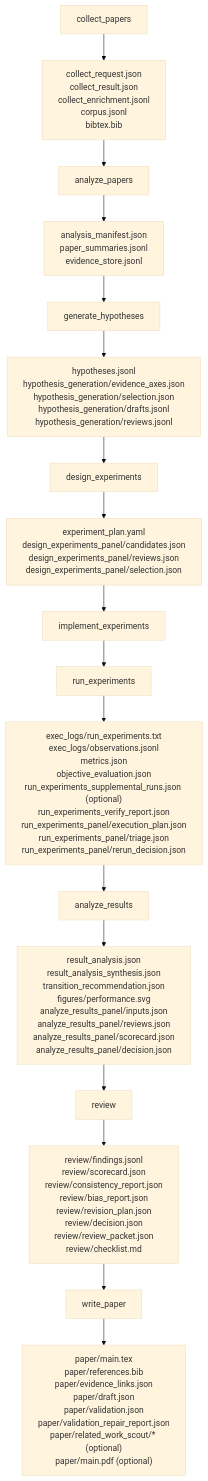
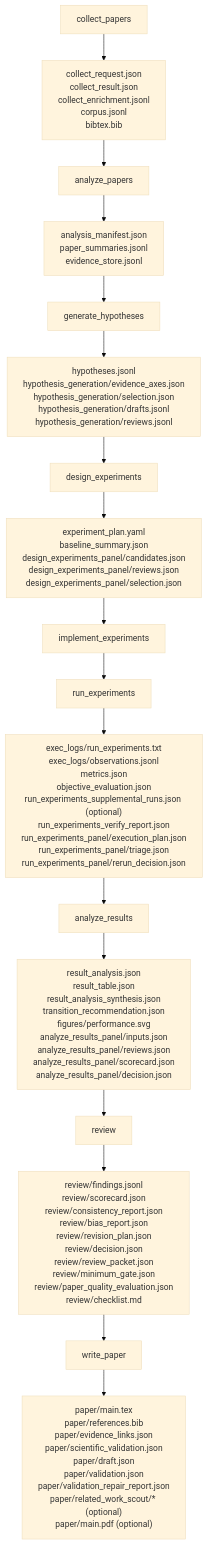
The sixth of 9 diagrams in README.ko.md (lhy0718/AutoResearch), drawn with Mermaid (base theme) before and after one commit. The commit also changed other lines of this file and 17 other files, not shown here.

````diff
--- a/README.ko.md
+++ b/README.ko.md
@@ -432,19 +454,19 @@
 ```mermaid
 flowchart TB
     A["collect_papers"] --> A1["collect_request.json<br/>collect_result.json<br/>collect_enrichment.jsonl<br/>corpus.jsonl<br/>bibtex.bib"]
     A1 --> B["analyze_papers"]
     B --> B1["analysis_manifest.json<br/>paper_summaries.jsonl<br/>evidence_store.jsonl"]
     B1 --> C["generate_hypotheses"]
     C --> C1["hypotheses.jsonl<br/>hypothesis_generation/evidence_axes.json<br/>hypothesis_generation/selection.json<br/>hypothesis_generation/drafts.jsonl<br/>hypothesis_generation/reviews.jsonl"]
     C1 --> D["design_experiments"]
-    D --> D1["experiment_plan.yaml<br/>design_experiments_panel/candidates.json<br/>design_experiments_panel/reviews.json<br/>design_experiments_panel/selection.json"]
+    D --> D1["experiment_plan.yaml<br/>baseline_summary.json<br/>design_experiments_panel/candidates.json<br/>design_experiments_panel/reviews.json<br/>design_experiments_panel/selection.json"]
     D1 --> E["implement_experiments"]
     E --> F["run_experiments"]
     F --> F1["exec_logs/run_experiments.txt<br/>exec_logs/observations.jsonl<br/>metrics.json<br/>objective_evaluation.json<br/>run_experiments_supplemental_runs.json (optional)<br/>run_experiments_verify_report.json<br/>run_experiments_panel/execution_plan.json<br/>run_experiments_panel/triage.json<br/>run_experiments_panel/rerun_decision.json"]
     F1 --> G["analyze_results"]
-    G --> G1["result_analysis.json<br/>result_analysis_synthesis.json<br/>transition_recommendation.json<br/>figures/performance.svg<br/>analyze_results_panel/inputs.json<br/>analyze_results_panel/reviews.json<br/>analyze_results_panel/scorecard.json<br/>analyze_results_panel/decision.json"]
+    G --> G1["result_analysis.json<br/>result_table.json<br/>result_analysis_synthesis.json<br/>transition_recommendation.json<br/>figures/performance.svg<br/>analyze_results_panel/inputs.json<br/>analyze_results_panel/reviews.json<br/>analyze_results_panel/scorecard.json<br/>analyze_results_panel/decision.json"]
     G1 --> H["review"]
-    H --> H1["review/findings.jsonl<br/>review/scorecard.json<br/>review/consistency_report.json<br/>review/bias_report.json<br/>review/revision_plan.json<br/>review/decision.json<br/>review/review_packet.json<br/>review/checklist.md"]
+    H --> H1["review/findings.jsonl<br/>review/scorecard.json<br/>review/consistency_report.json<br/>review/bias_report.json<br/>review/revision_plan.json<br/>review/decision.json<br/>review/review_packet.json<br/>review/minimum_gate.json<br/>review/paper_quality_evaluation.json<br/>review/checklist.md"]
     H1 --> I["write_paper"]
-    I --> I1["paper/main.tex<br/>paper/references.bib<br/>paper/evidence_links.json<br/>paper/draft.json<br/>paper/validation.json<br/>paper/validation_repair_report.json<br/>paper/related_work_scout/* (optional)<br/>paper/main.pdf (optional)"]
+    I --> I1["paper/main.tex<br/>paper/references.bib<br/>paper/evidence_links.json<br/>paper/scientific_validation.json<br/>paper/draft.json<br/>paper/validation.json<br/>paper/validation_repair_report.json<br/>paper/related_work_scout/* (optional)<br/>paper/main.pdf (optional)"]
 ```
````
